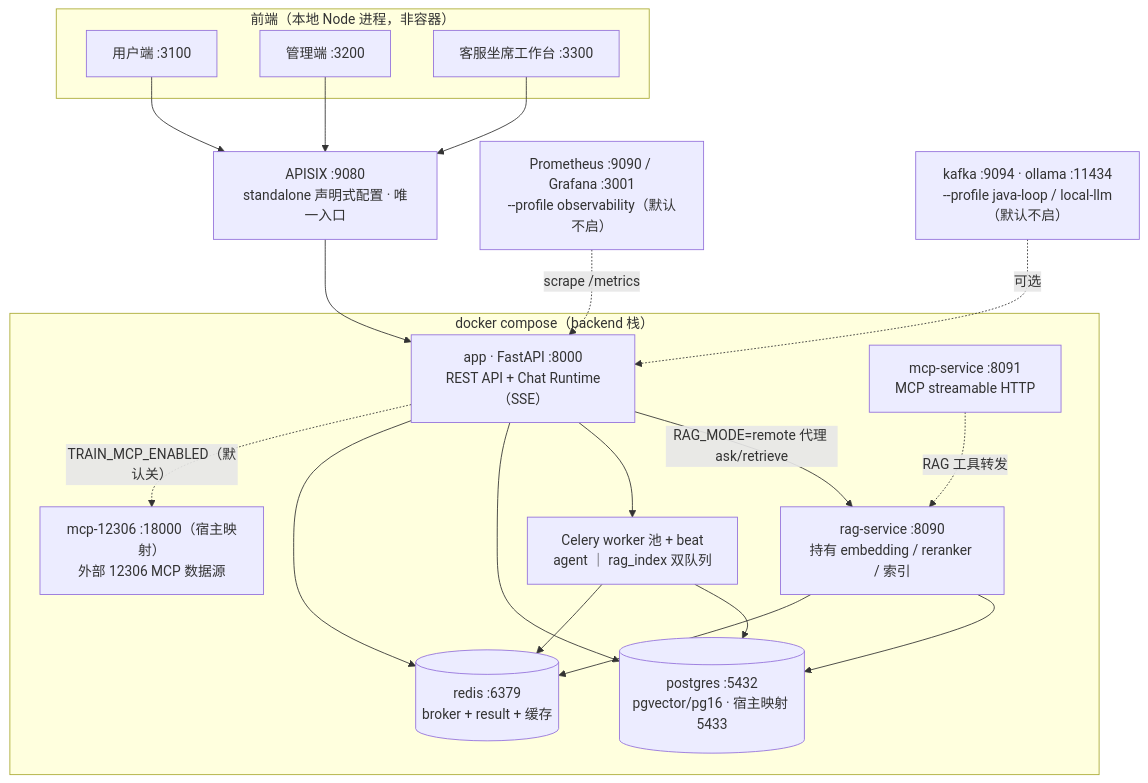
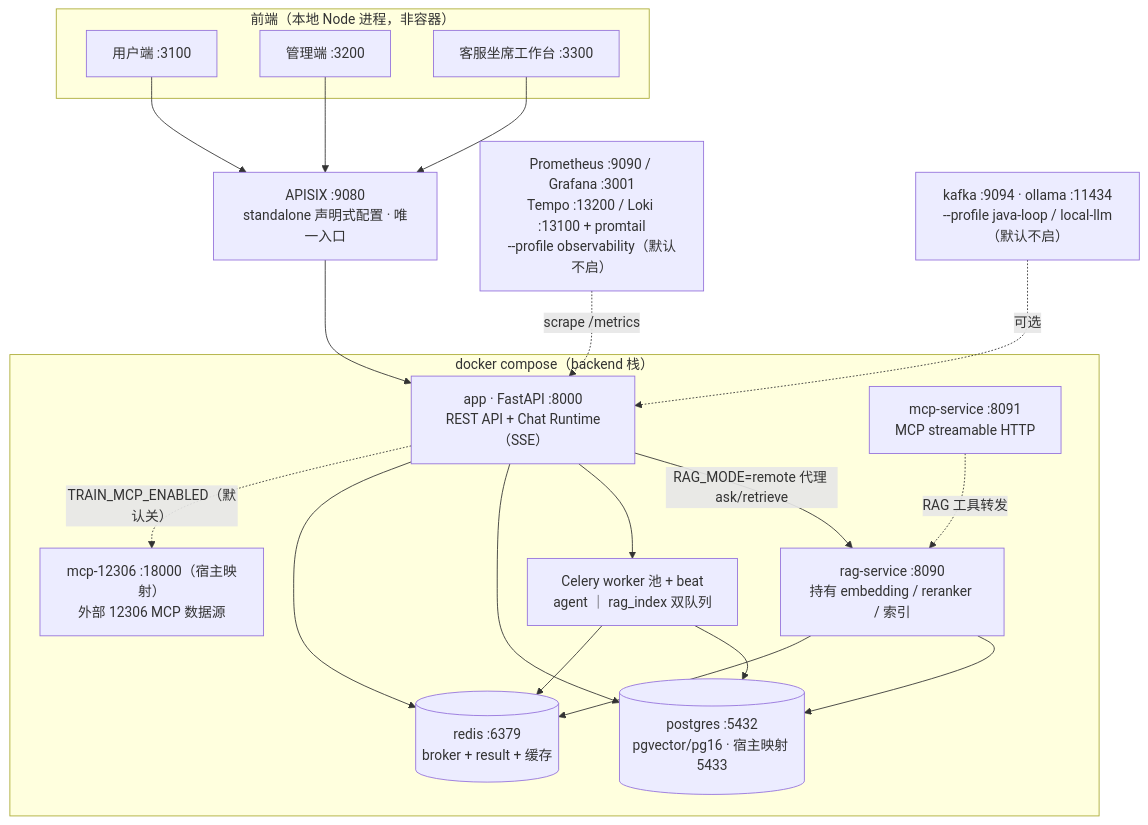
One commit to Jayus-07/agent changed the diagram in docs/architecture/system-overview.md. Above: the diagram before and after it, drawn with Mermaid. The commit also changed other lines of this file and 6 other files, not shown here.

````diff
--- a/docs/architecture/system-overview.md
+++ b/docs/architecture/system-overview.md
@@ -11,40 +11,40 @@
 ```mermaid
 flowchart TB
     subgraph FE["前端（本地 Node 进程，非容器）"]
         WEB["用户端 :3100"]
         ADM["管理端 :3200"]
         CSW["客服坐席工作台 :3300"]
     end
 
     GW["APISIX :9080<br/>standalone 声明式配置 · 唯一入口"]
 
     subgraph DOCKER["docker compose（backend 栈）"]
         APP["app · FastAPI :8000<br/>REST API + Chat Runtime（SSE）"]
         RAGS["rag-service :8090<br/>持有 embedding / reranker / 索引"]
         MCPS["mcp-service :8091<br/>MCP streamable HTTP"]
         MCPT["mcp-12306 :18000（宿主映射）<br/>外部 12306 MCP 数据源"]
         CEL["Celery worker 池 + beat<br/>agent ｜ rag_index 双队列"]
         PG[("postgres :5432<br/>pgvector/pg16 · 宿主映射 5433")]
         RD[("redis :6379<br/>broker + result + 缓存")]
     end
 
-    OBS["Prometheus :9090 / Grafana :3001<br/>--profile observability（默认不启）"]
+    OBS["Prometheus :9090 / Grafana :3001<br/>Tempo :13200 / Loki :13100 + promtail<br/>--profile observability（默认不启）"]
     KF["kafka :9094 · ollama :11434<br/>--profile java-loop / local-llm（默认不启）"]
 
     WEB --> GW
     ADM --> GW
     CSW --> GW
     GW --> APP
     APP -->|"RAG_MODE=remote 代理 ask/retrieve"| RAGS
     APP --> CEL
     APP --> PG
     APP --> RD
     RAGS --> PG
     RAGS --> RD
     CEL --> PG
     CEL --> RD
     MCPS -.->|"RAG 工具转发"| RAGS
     APP -.->|"TRAIN_MCP_ENABLED（默认关）"| MCPT
     OBS -.->|scrape /metrics| APP
     KF -.->|可选| APP
 ```
````
